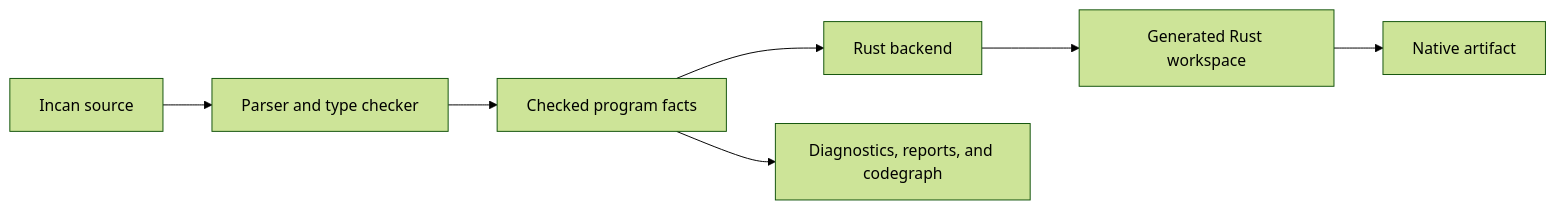
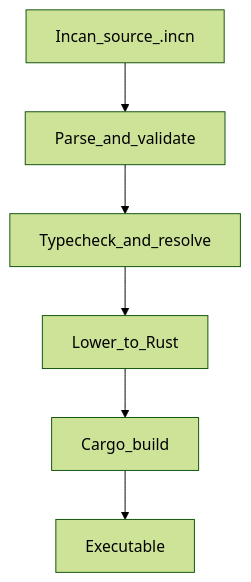
Before and after one commit to encero-systems/incan: the diagram in dev/_snippets/diagrams/compiler_pipeline.mmd, drawn with Mermaid (forest theme). The commit also changed 410 other files, not shown here.

```diff
--- a/dev/_snippets/diagrams/compiler_pipeline.mmd
+++ b/dev/_snippets/diagrams/compiler_pipeline.mmd
@@ -1,7 +1,6 @@
-flowchart LR
-    source[Incan source] --> frontend[Parser and type checker]
-    frontend --> facts[Checked program facts]
-    facts --> backend[Rust backend]
-    backend --> workspace[Generated Rust workspace]
-    workspace --> artifact[Native artifact]
-    facts --> evidence[Diagnostics, reports, and codegraph]
+flowchart TD
+    incanSource[Incan_source_.incn] --> parser[Parse_and_validate]
+    parser --> typecheck[Typecheck_and_resolve]
+    typecheck --> lower[Lower_to_Rust]
+    lower --> cargo[Cargo_build]
+    cargo --> binary[Executable]
```
